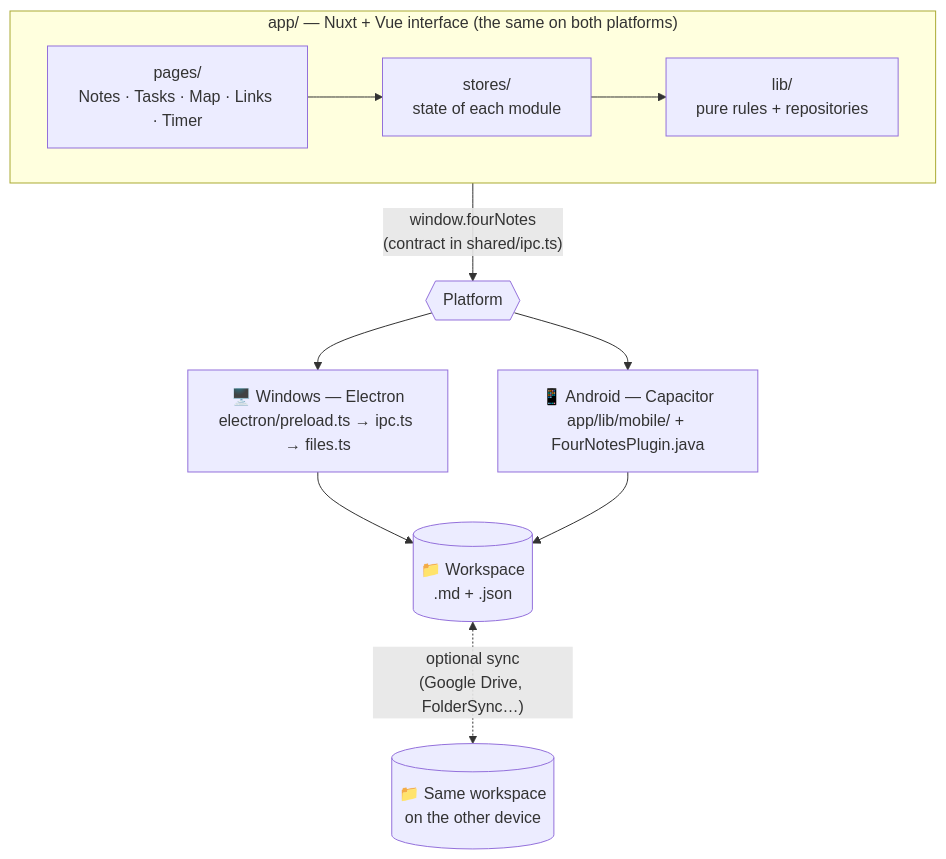
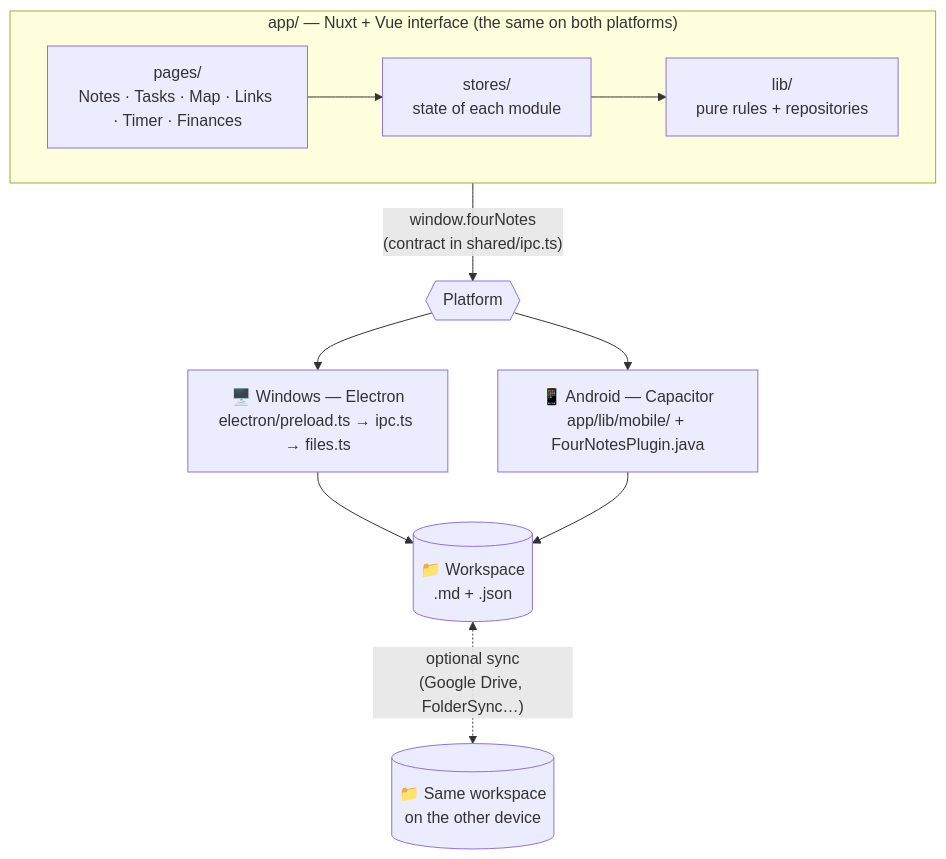
The first of 2 diagrams in README.md (4kauanmota/4notes-app), drawn with Mermaid before and after one commit. The commit also changed other lines of this file and 82 other files, not shown here.

````diff
--- a/README.md
+++ b/README.md
@@ -172,18 +190,18 @@
 ```mermaid
 flowchart TB
     subgraph UI["app/ — Nuxt + Vue interface (the same on both platforms)"]
         direction LR
-        P["pages/<br/>Notes · Tasks · Map · Links · Timer"] --> S["stores/<br/>state of each module"]
+        P["pages/<br/>Notes · Tasks · Map · Links · Timer · Finances"] --> S["stores/<br/>state of each module"]
         S --> L["lib/<br/>pure rules + repositories"]
     end
 
     L -- "window.fourNotes<br/>(contract in shared/ipc.ts)" --> API{{"Platform"}}
 
     API --> E["🖥️ Windows — Electron<br/>electron/preload.ts → ipc.ts → files.ts"]
     API --> M["📱 Android — Capacitor<br/>app/lib/mobile/ + FourNotesPlugin.java"]
 
     E --> W[("📁 Workspace<br/>.md + .json")]
     M --> W
 
     W <-. "optional sync<br/>(Google Drive, FolderSync…)" .-> W2[("📁 Same workspace<br/>on the other device")]
 ```
````
